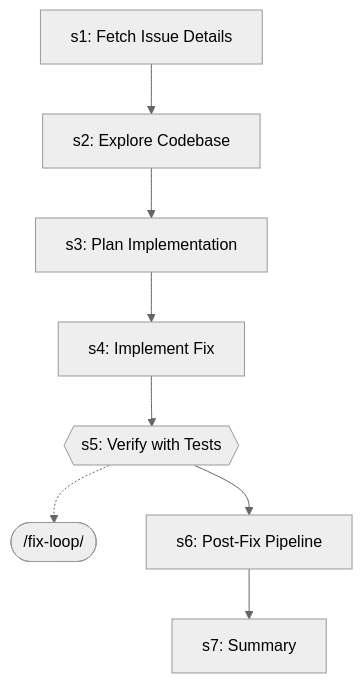
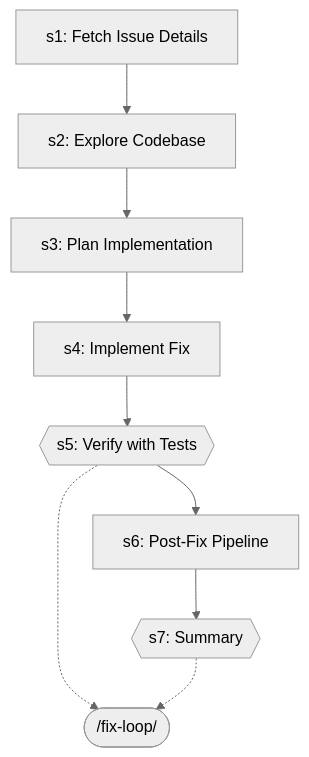
Before and after one commit to abhayla/claude-best-practices: the sixth of 20 diagrams in docs/workflows/learning-self-improvement.md, drawn with Mermaid (neutral theme). The commit also changed other lines of this file and 12 other files, not shown here.

````diff
--- a/docs/workflows/learning-self-improvement.md
+++ b/docs/workflows/learning-self-improvement.md
@@ -403,18 +405,20 @@
 ```mermaid
 graph TD
     s1["s1: Fetch Issue Details"]
     s2["s2: Explore Codebase"]
     s1 --> s2
     s3["s3: Plan Implementation"]
     s2 --> s3
     s4["s4: Implement Fix"]
     s3 --> s4
     s5{{s5: Verify with Tests}}
     s4 --> s5
     fix_loop_ext([/fix-loop/])
     s5 -.-> fix_loop_ext
     s6["s6: Post-Fix Pipeline"]
     s5 --> s6
-    s7["s7: Summary"]
+    s7{{s7: Summary}}
     s6 --> s7
+    fix_loop_ext([/fix-loop/])
+    s7 -.-> fix_loop_ext
 ```
````
